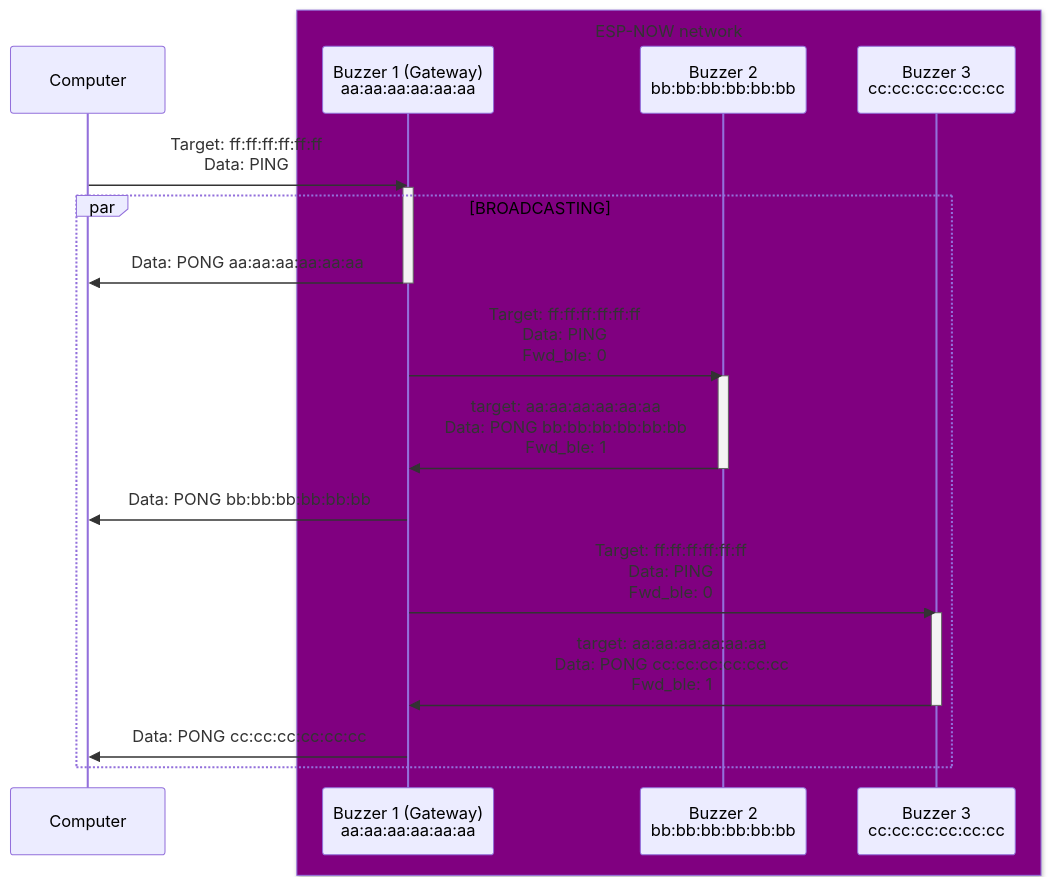
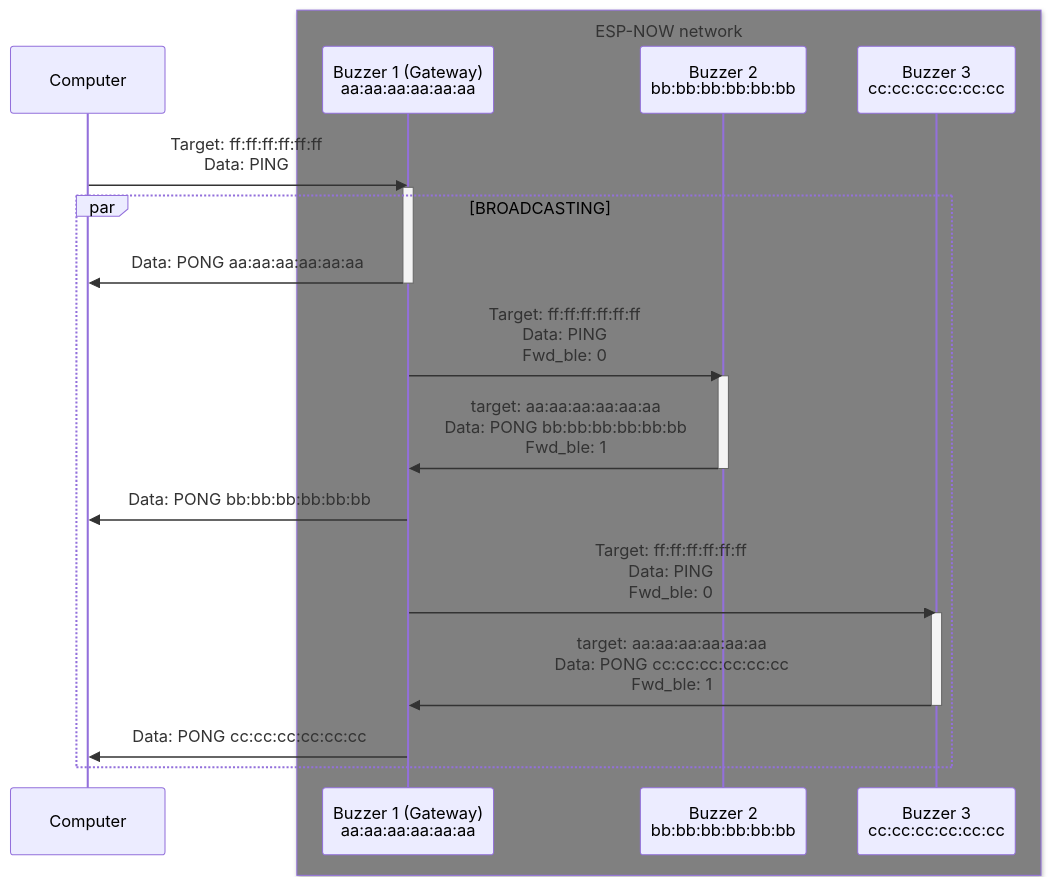
Before and after one commit to picass02005/Buzzer-Insagora: the fifth of 5 diagrams in README.md, drawn with Mermaid. The commit also changed other lines of this file, not shown here.

Commit message:
Changing box to grey

````diff
--- a/README.md
+++ b/README.md
@@ -116,26 +116,26 @@
 ```mermaid
 sequenceDiagram
     participant C as Computer
-    box Purple ESP-NOW network
+    box Grey ESP-NOW network
         participant G as Buzzer 1 (Gateway)<br>aa:aa:aa:aa:aa:aa
         participant B2 as Buzzer 2<br>bb:bb:bb:bb:bb:bb
         participant B3 as Buzzer 3<br>cc:cc:cc:cc:cc:cc
     end
     
     C->>G: Target: ff:ff:ff:ff:ff:ff<br>Data: PING
     activate G
     par BROADCASTING
         G->>C: Data: PONG aa:aa:aa:aa:aa:aa
         deactivate G
         G->>B2: Target: ff:ff:ff:ff:ff:ff<br>Data: PING<br>Fwd_ble: 0
         activate B2
         B2 ->> G: target: aa:aa:aa:aa:aa:aa<br>Data: PONG bb:bb:bb:bb:bb:bb<br>Fwd_ble: 1
         deactivate B2
         G->>C: Data: PONG bb:bb:bb:bb:bb:bb
         G->>B3: Target: ff:ff:ff:ff:ff:ff<br>Data: PING<br>Fwd_ble: 0
         activate B3
         B3 ->> G: target: aa:aa:aa:aa:aa:aa<br>Data: PONG cc:cc:cc:cc:cc:cc<br>Fwd_ble: 1
         deactivate B3
         G->>C: Data: PONG cc:cc:cc:cc:cc:cc
     end
 ```
````
